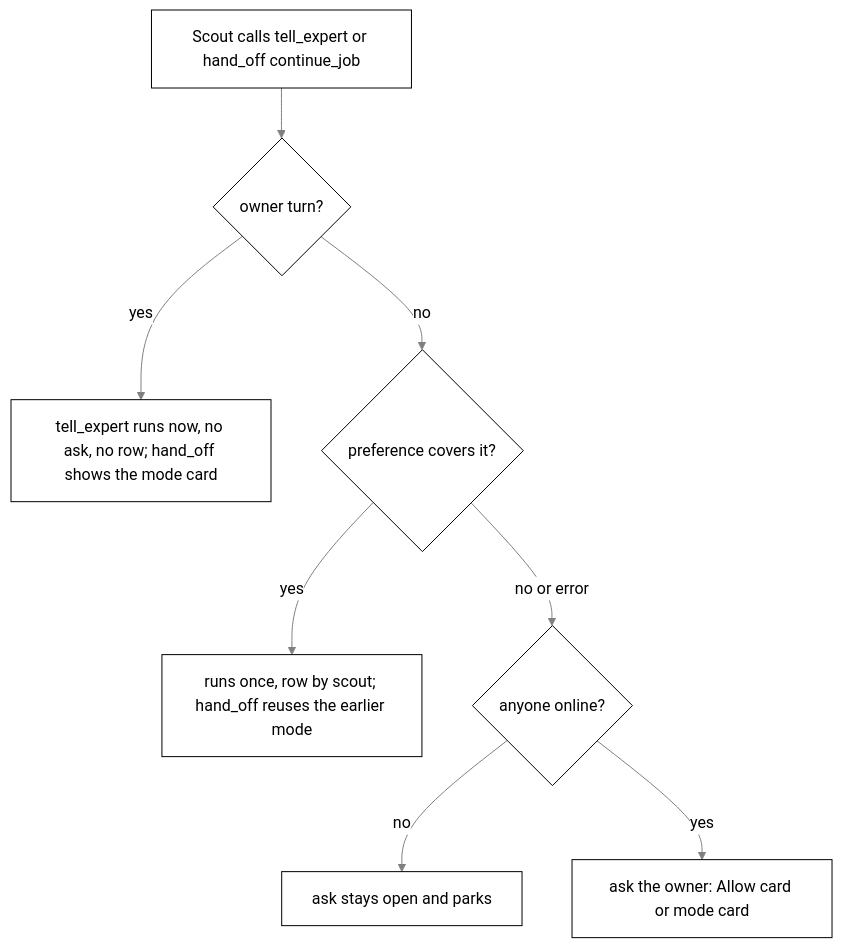
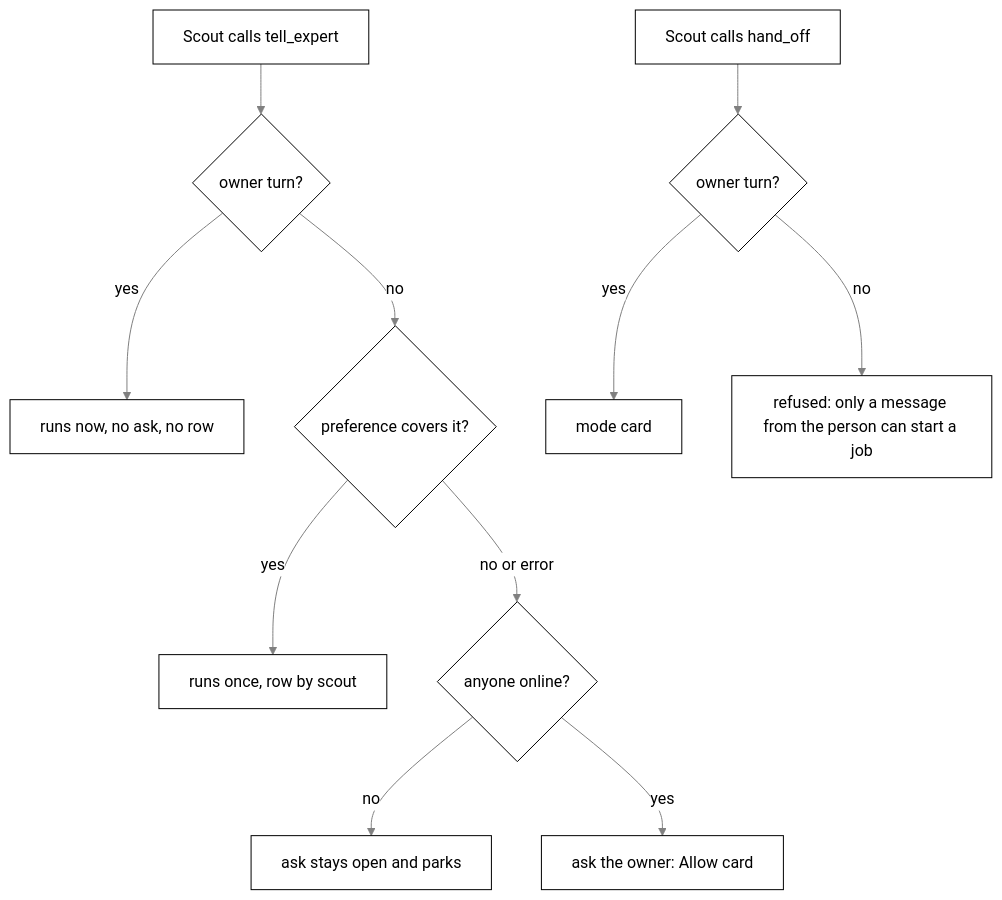
The fifth of 15 diagrams in docs/brain.md (nadeem4/tagalong), drawn with Mermaid before and after one commit. The commit also changed other lines of this file and 8 other files, not shown here.

````diff
--- a/docs/brain.md
+++ b/docs/brain.md
@@ -588,11 +583,14 @@
 ```mermaid
 %%{init: {"theme": "base", "themeVariables": {"primaryColor": "#ffffff", "primaryTextColor": "#000000", "primaryBorderColor": "#000000", "lineColor": "#808080", "arrowheadColor": "#808080", "secondaryColor": "#f2f2f2", "tertiaryColor": "#ffffff", "clusterBkg": "#f7f7f7", "clusterBorder": "#808080", "edgeLabelBackground": "#ffffff", "titleColor": "#808080", "actorBkg": "#ffffff", "actorBorder": "#000000", "actorTextColor": "#000000", "actorLineColor": "#808080", "signalColor": "#808080", "signalTextColor": "#808080", "sequenceNumberColor": "#ffffff", "labelBoxBkgColor": "#ffffff", "labelBoxBorderColor": "#808080", "labelTextColor": "#000000", "loopTextColor": "#808080", "noteBkgColor": "#f7f7f7", "noteBorderColor": "#808080", "noteTextColor": "#000000", "activationBkgColor": "#f7f7f7", "activationBorderColor": "#808080", "fontFamily": "Segoe UI, Helvetica, Arial, sans-serif"}}}%%
 flowchart TD
-  A[Scout calls tell_expert or hand_off continue_job] --> B{owner turn?}
-  B -- yes --> C[tell_expert runs now, no ask, no row; hand_off shows the mode card]
+  A[Scout calls tell_expert] --> B{owner turn?}
+  B -- yes --> C[runs now, no ask, no row]
   B -- no --> F{preference covers it?}
-  F -- yes --> G[runs once, row by scout; hand_off reuses the earlier mode]
+  F -- yes --> G[runs once, row by scout]
   F -- no or error --> D{anyone online?}
   D -- no --> E[ask stays open and parks]
-  D -- yes --> H[ask the owner: Allow card or mode card]
+  D -- yes --> H[ask the owner: Allow card]
+  X[Scout calls hand_off] --> Y{owner turn?}
+  Y -- yes --> Z[mode card]
+  Y -- no --> R[refused: only a message from the person can start a job]
 ```
````
